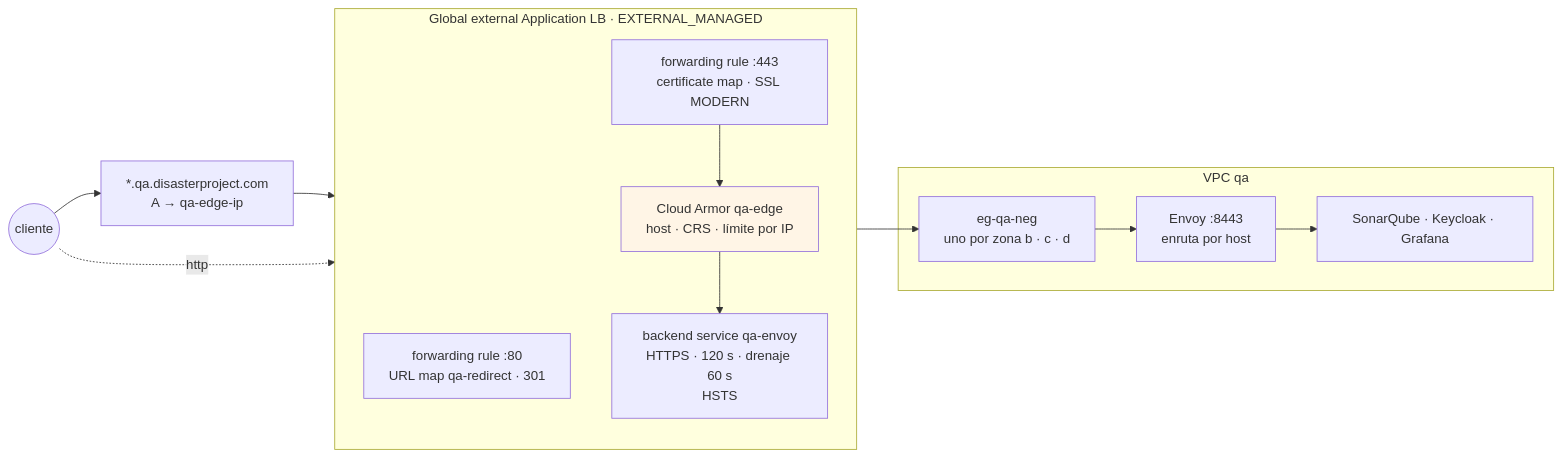
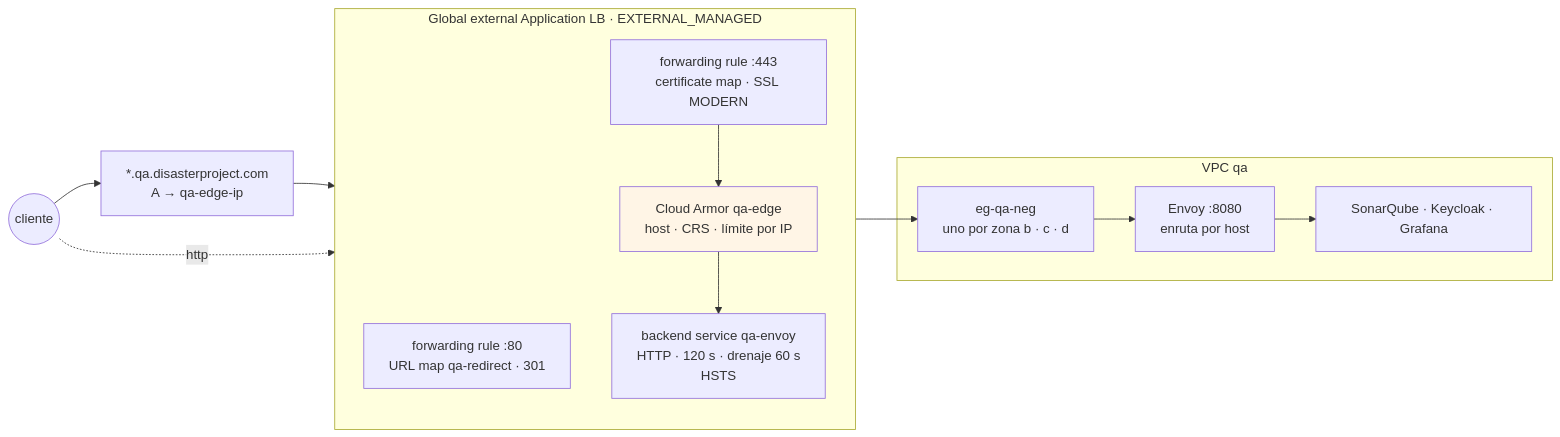
The diagram in docs/es/proposals/edge-qa/diagrams/02-borde.mmd (aescanero/proposal_documents), drawn with Mermaid before and after one commit. The commit also changed 53 other files, not shown here.

First line of the commit message:
Edge depends only downward: GLB to Envoy over HTTP (en and es)

```diff
--- a/docs/es/proposals/edge-qa/diagrams/02-borde.mmd
+++ b/docs/es/proposals/edge-qa/diagrams/02-borde.mmd
@@ -1,19 +1,19 @@
 flowchart LR
     U(("cliente"))
     DNS["*.qa.disasterproject.com<br/>A → qa-edge-ip"]
     subgraph GLB["Global external Application LB · EXTERNAL_MANAGED"]
         direction TB
         FR80["forwarding rule :80<br/>URL map qa-redirect · 301"]
         FR443["forwarding rule :443<br/>certificate map · SSL MODERN"]
         CA["Cloud Armor qa-edge<br/>host · CRS · límite por IP"]
-        BS["backend service qa-envoy<br/>HTTPS · 120 s · drenaje 60 s<br/>HSTS"]
+        BS["backend service qa-envoy<br/>HTTP · 120 s · drenaje 60 s<br/>HSTS"]
     end
     subgraph QA["VPC qa"]
         NEG["eg-qa-neg<br/>uno por zona b · c · d"]
-        ENV["Envoy :8443<br/>enruta por host"]
+        ENV["Envoy :8080<br/>enruta por host"]
         APPS["SonarQube · Keycloak · Grafana"]
     end
     U --> DNS --> FR443 --> CA --> BS --> NEG --> ENV --> APPS
     U -. "http" .-> FR80
 
     style CA fill:#fff5e6
```
